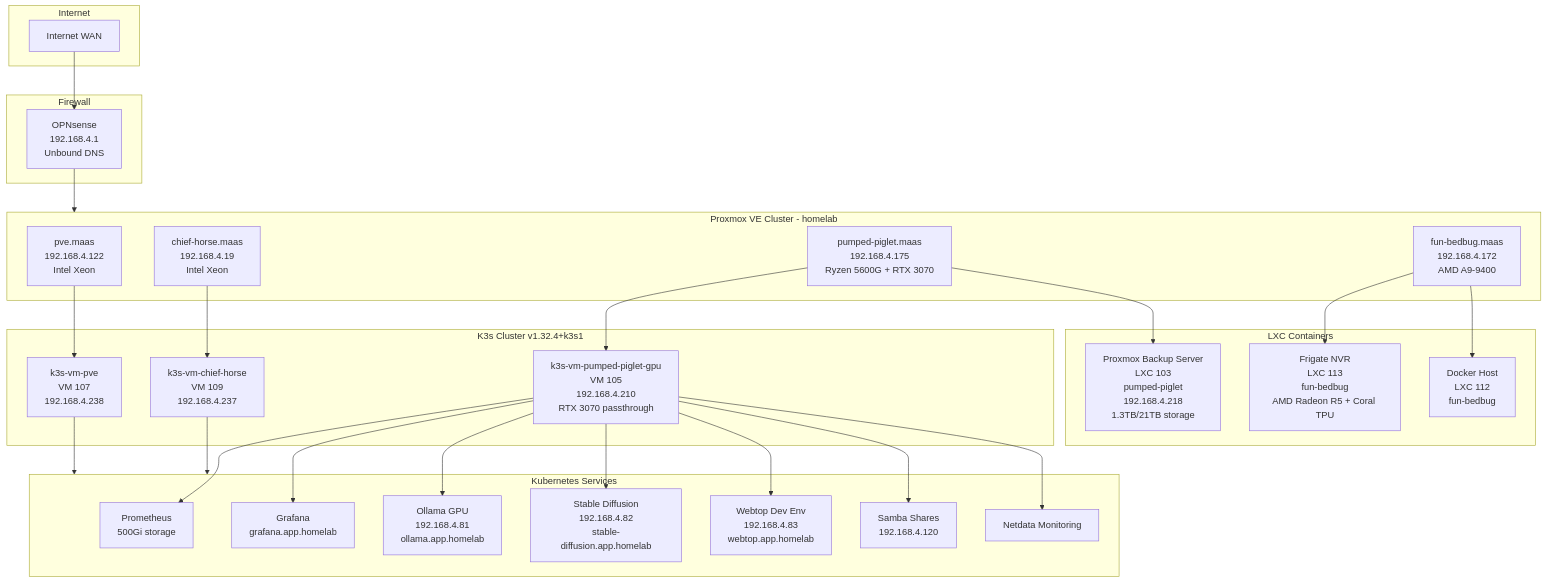
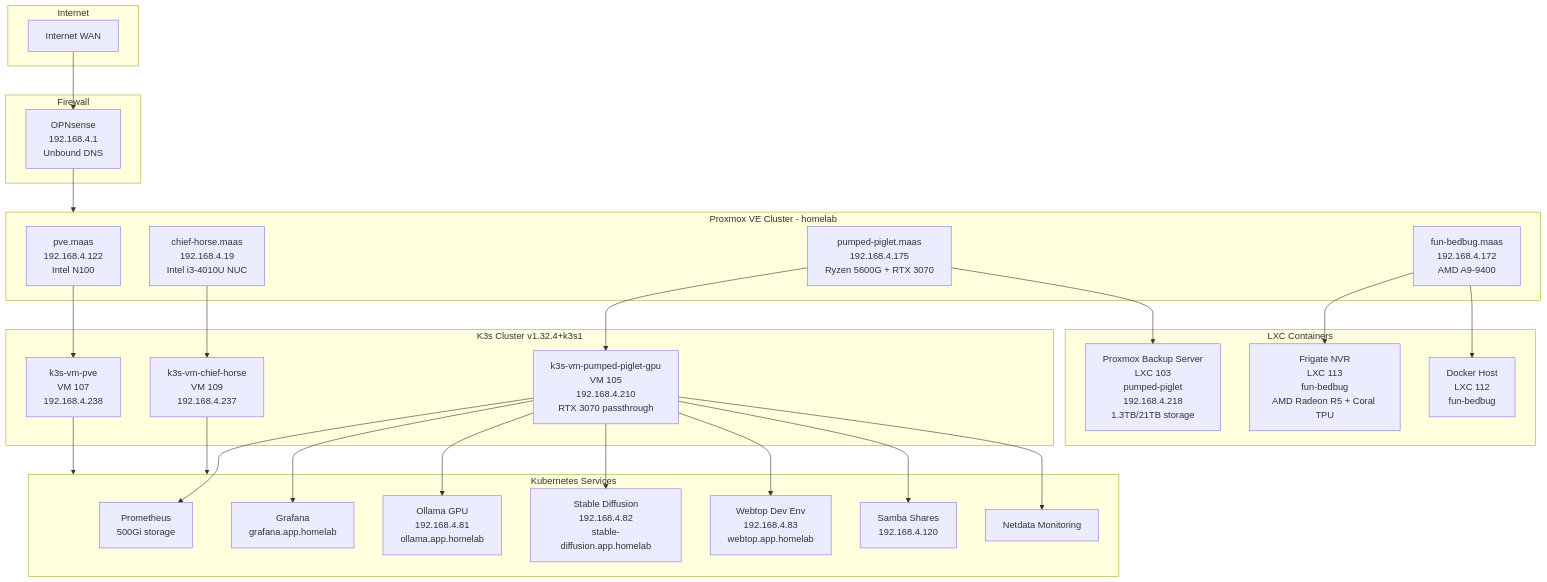
Before and after one commit to homeiac/home: the diagram in docs/reference/homelab-service-inventory.md, drawn with Mermaid. The commit also changed other lines of this file and 1 other file, not shown here.

````diff
--- a/docs/reference/homelab-service-inventory.md
+++ b/docs/reference/homelab-service-inventory.md
@@ -33,59 +33,59 @@
 ```mermaid
 graph TB
     subgraph Internet
         WAN[Internet WAN]
     end
 
     subgraph Firewall
         OPN[OPNsense<br>192.168.4.1<br>Unbound DNS]
     end
 
     subgraph Proxmox_Cluster[Proxmox VE Cluster - homelab]
-        PVE[pve.maas<br>192.168.4.122<br>Intel Xeon]
-        CH[chief-horse.maas<br>192.168.4.19<br>Intel Xeon]
+        PVE[pve.maas<br>192.168.4.122<br>Intel N100]
+        CH[chief-horse.maas<br>192.168.4.19<br>Intel i3-4010U NUC]
         PP[pumped-piglet.maas<br>192.168.4.175<br>Ryzen 5600G + RTX 3070]
         FB[fun-bedbug.maas<br>192.168.4.172<br>AMD A9-9400]
     end
 
     subgraph K3s_Cluster[K3s Cluster v1.32.4+k3s1]
         K3S_PVE[k3s-vm-pve<br>VM 107<br>192.168.4.238]
         K3S_CH[k3s-vm-chief-horse<br>VM 109<br>192.168.4.237]
         K3S_PP[k3s-vm-pumped-piglet-gpu<br>VM 105<br>192.168.4.210<br>RTX 3070 passthrough]
     end
 
     subgraph LXC_Containers[LXC Containers]
         PBS[Proxmox Backup Server<br>LXC 103<br>pumped-piglet<br>192.168.4.218<br>1.3TB/21TB storage]
         FRIG[Frigate NVR<br>LXC 113<br>fun-bedbug<br>AMD Radeon R5 + Coral TPU]
         DOCK[Docker Host<br>LXC 112<br>fun-bedbug]
     end
 
     subgraph K8s_Services[Kubernetes Services]
         PROM[Prometheus<br>500Gi storage]
         GRAF[Grafana<br>grafana.app.homelab]
         OLL[Ollama GPU<br>192.168.4.81<br>ollama.app.homelab]
         SD[Stable Diffusion<br>192.168.4.82<br>stable-diffusion.app.homelab]
         WEB[Webtop Dev Env<br>192.168.4.83<br>webtop.app.homelab]
         SAMBA[Samba Shares<br>192.168.4.120]
         NET[Netdata Monitoring]
     end
 
     WAN --> OPN
     OPN --> Proxmox_Cluster
 
     PVE --> K3S_PVE
     CH --> K3S_CH
     PP --> K3S_PP
     PP --> PBS
     FB --> FRIG
     FB --> DOCK
 
     K3S_PVE --> K8s_Services
     K3S_CH --> K8s_Services
     K3S_PP --> PROM
     K3S_PP --> GRAF
     K3S_PP --> OLL
     K3S_PP --> SD
     K3S_PP --> WEB
     K3S_PP --> SAMBA
     K3S_PP --> NET
 ```
````
